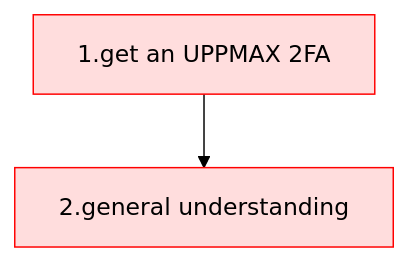
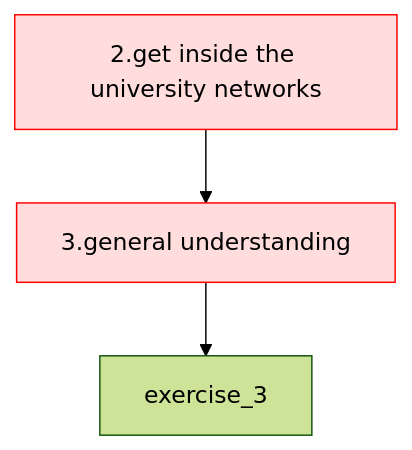
Before and after one commit to UPPMAX/bianca_workshop: the diagram in docs/login.md, drawn with Mermaid (forest theme). The commit also changed other lines of this file, not shown here.

````diff
--- a/docs/login.md
+++ b/docs/login.md
@@ -93,11 +93,12 @@
 ```mermaid
 flowchart TD
 
   classDef minimal_node fill:#fdd,color:#000,stroke:#f00
   classDef extra_node fill:#ffd,color:#000,stroke:#ff0
 
   exercise_1[1.get an UPPMAX 2FA]:::minimal_node
-  exercise_2[2.general understanding]:::minimal_node
+  exercise_1[2.get inside the university networks]:::minimal_node
+  exercise_2[3.general understanding]:::minimal_node
 
-  exercise_1 --> exercise_2
+  exercise_1 --> exercise_2 --> exercise_3
 ```
````
